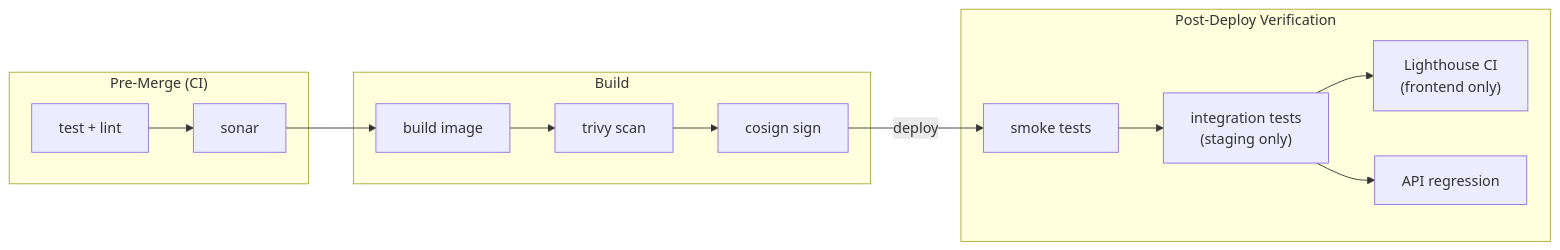
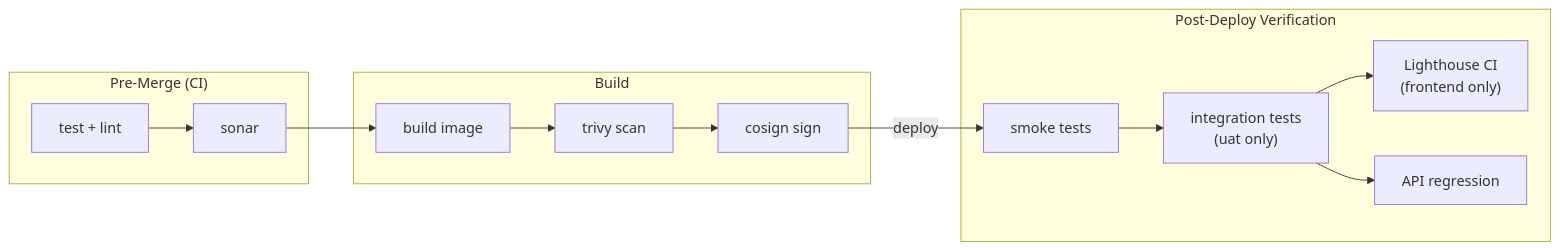
Before and after one commit to duynhlab/homelab: the fourth of 7 diagrams in docs/platform/gitflow.md, drawn with Mermaid. The commit also changed other lines of this file and 8 other files, not shown here.

First line of the commit message:
Consolidate CI/CD docs + rename staging tier to uat (#382)

````diff
--- a/docs/platform/gitflow.md
+++ b/docs/platform/gitflow.md
@@ -368,16 +368,16 @@
 ```mermaid
 flowchart LR
     subgraph premerge ["Pre-Merge (CI)"]
         test["test + lint"] --> sonar["sonar"]
     end
     subgraph build ["Build"]
         sonar --> img["build image"] --> scan["trivy scan"] --> sign["cosign sign"]
     end
     subgraph postdeploy ["Post-Deploy Verification"]
-        smoke["smoke tests"] --> integ["integration tests\n(staging only)"]
+        smoke["smoke tests"] --> integ["integration tests\n(uat only)"]
         integ --> lighthouse["Lighthouse CI\n(frontend only)"]
         integ --> regression["API regression"]
     end
 
     sign -->|"deploy"| smoke
 ```
````
